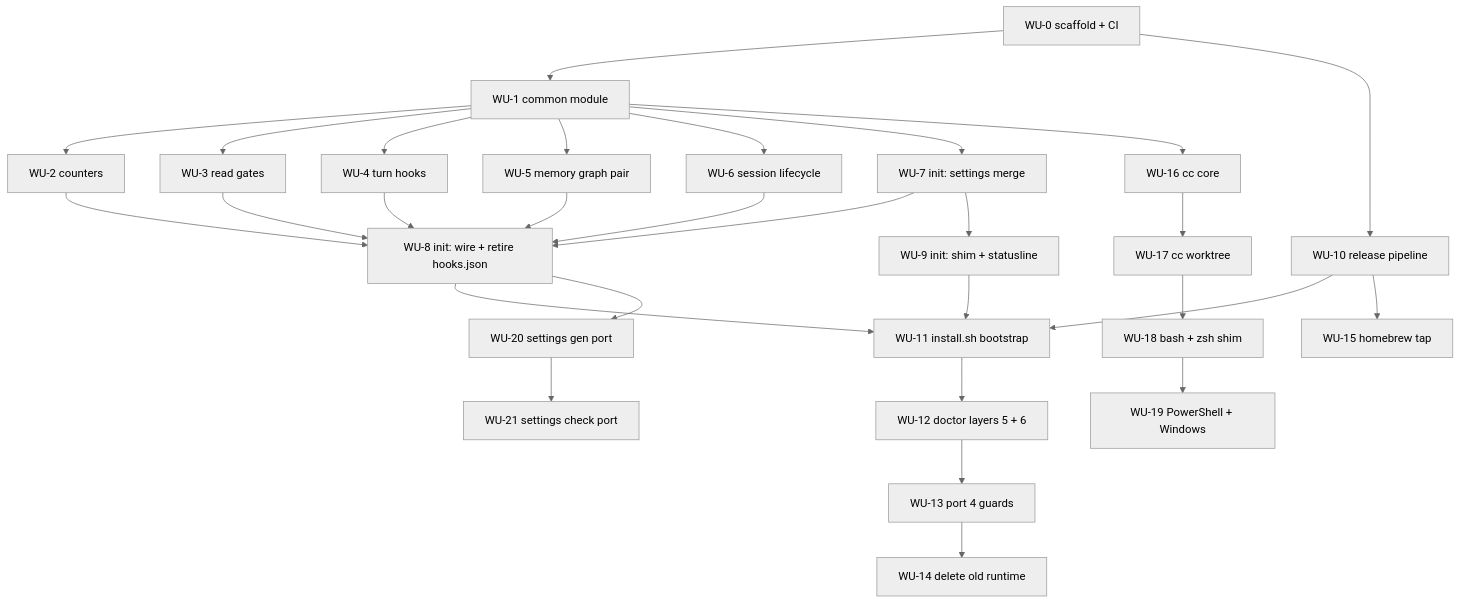
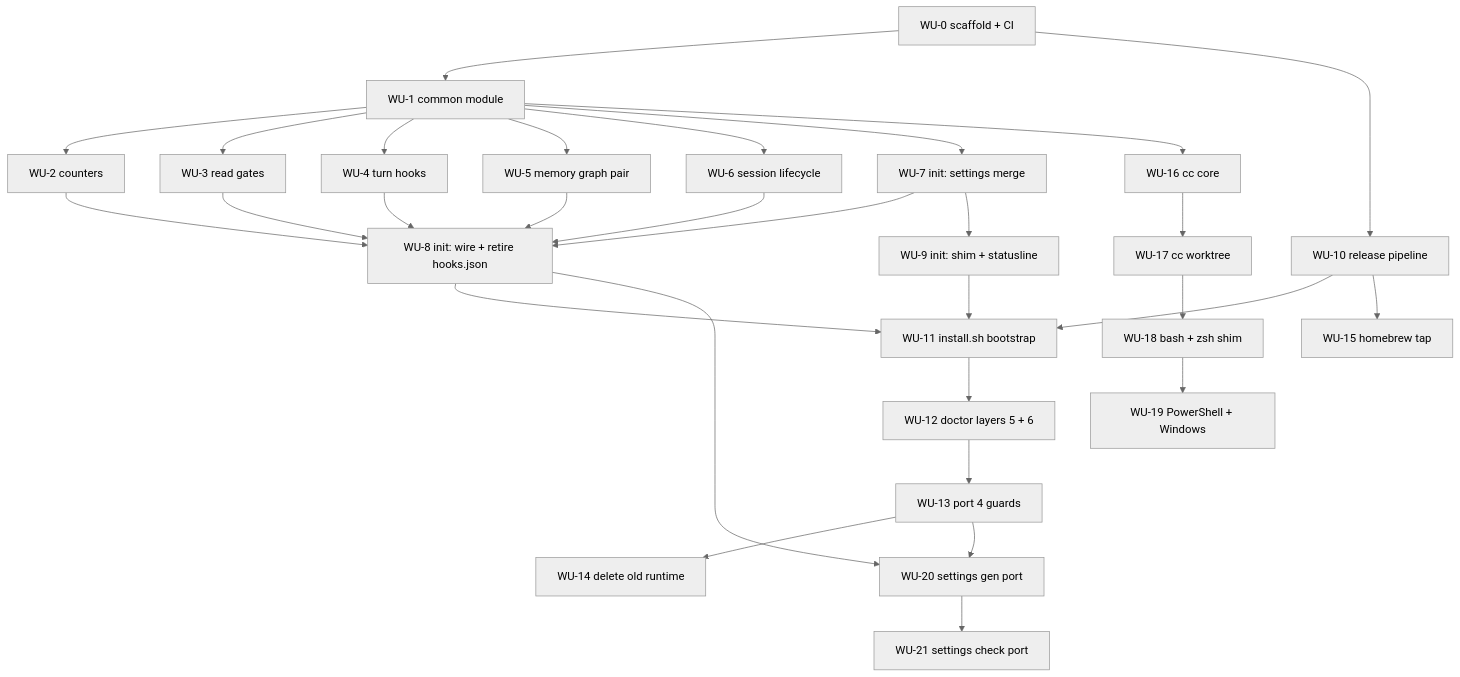
Before and after one commit to pragmatic-engineer/playbook: the diagram in docs/adr/0007-rust-binary-for-hooks-and-launcher-blueprint.md, drawn with Mermaid (neutral theme). The commit also changed other lines of this file and 1 other file, not shown here.

````diff
--- a/docs/adr/0007-rust-binary-for-hooks-and-launcher-blueprint.md
+++ b/docs/adr/0007-rust-binary-for-hooks-and-launcher-blueprint.md
@@ -549,36 +566,37 @@
 ```mermaid
 graph TD
   WU0[WU-0 scaffold + CI] --> WU1[WU-1 common module]
   WU0 --> WU10[WU-10 release pipeline]
 
   WU1 --> WU2[WU-2 counters]
   WU1 --> WU3[WU-3 read gates]
   WU1 --> WU4[WU-4 turn hooks]
   WU1 --> WU5[WU-5 memory graph pair]
   WU1 --> WU6[WU-6 session lifecycle]
   WU1 --> WU7[WU-7 init: settings merge]
   WU1 --> WU16[WU-16 cc core]
 
   WU2 --> WU8[WU-8 init: wire + retire hooks.json]
   WU3 --> WU8
   WU4 --> WU8
   WU5 --> WU8
   WU6 --> WU8
   WU7 --> WU8
   WU7 --> WU9[WU-9 init: shim + statusline]
 
   WU8 --> WU11[WU-11 install.sh bootstrap]
   WU9 --> WU11
   WU10 --> WU11
   WU10 --> WU15[WU-15 homebrew tap]
 
   WU11 --> WU12[WU-12 doctor layers 5 + 6]
   WU12 --> WU13[WU-13 port 4 guards]
   WU13 --> WU14[WU-14 delete old runtime]
 
   WU16 --> WU17[WU-17 cc worktree]
   WU17 --> WU18[WU-18 bash + zsh shim]
   WU18 --> WU19[WU-19 PowerShell + Windows]
   WU8 --> WU20[WU-20 settings gen port]
+  WU13 --> WU20
   WU20 --> WU21[WU-21 settings check port]
 ```
````
